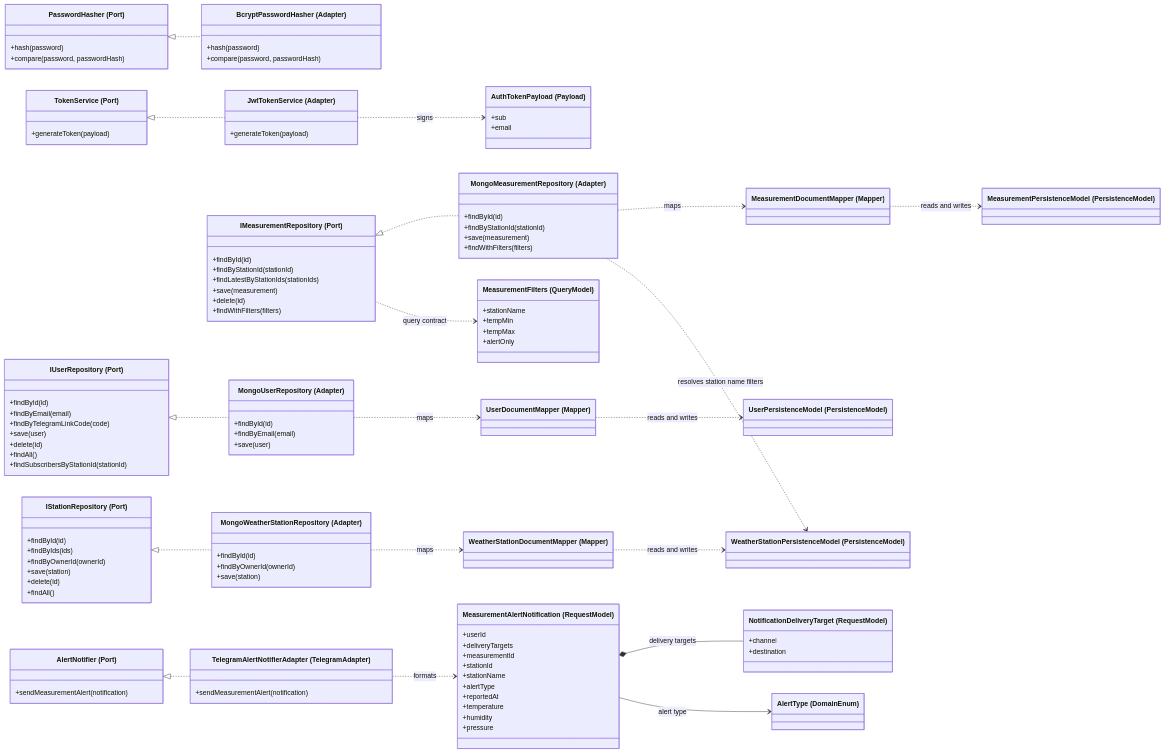
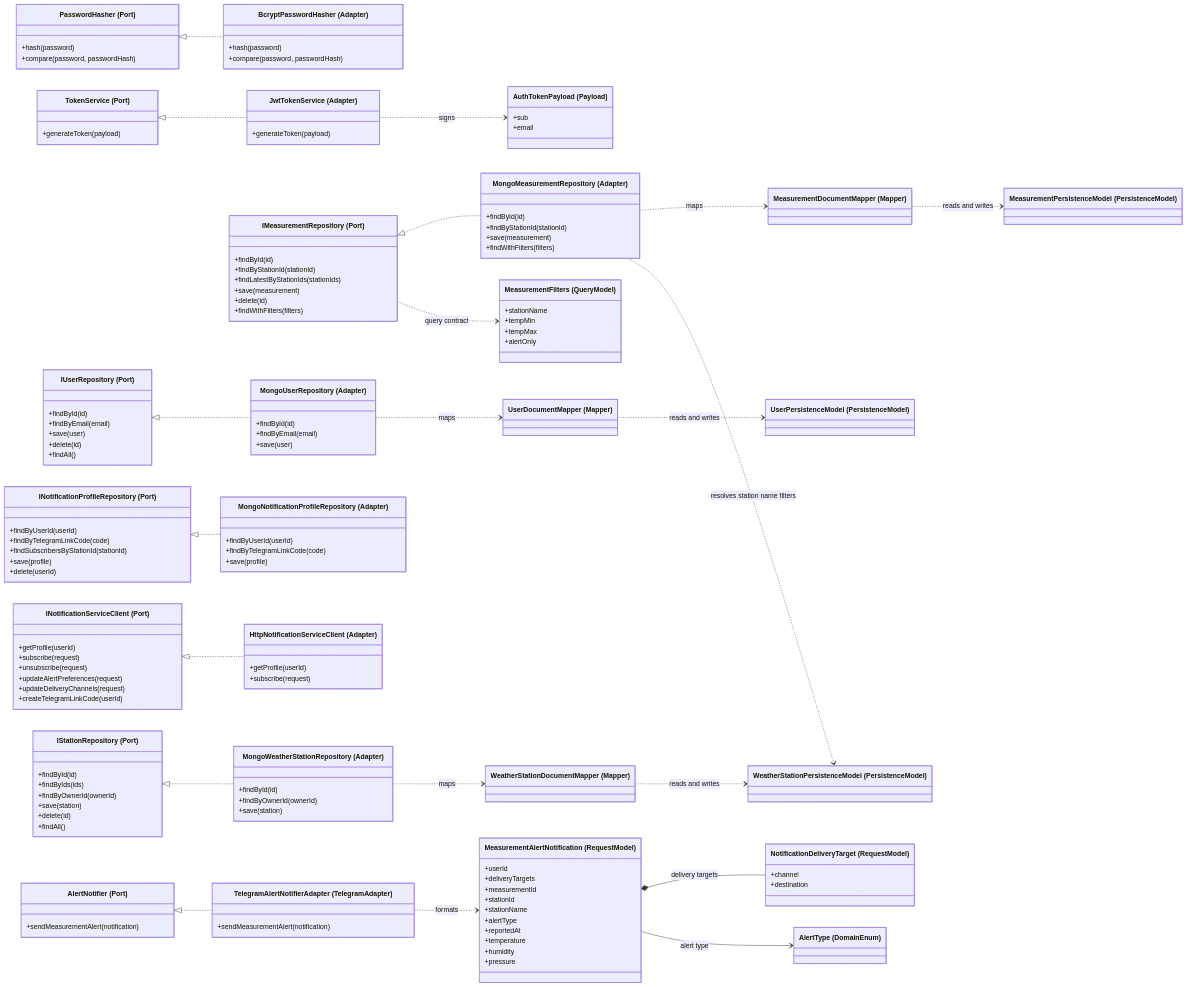
The diagram in docs/architecture/uml/weatherflow-ports-adapters.mmd (LattanzioB/WheaterFlow), drawn with Mermaid before and after one commit. The commit also changed 70 other files, not shown here.

Commit message:
feat(api): integrate notification service client and update user notification handling

```diff
--- a/docs/architecture/uml/weatherflow-ports-adapters.mmd
+++ b/docs/architecture/uml/weatherflow-ports-adapters.mmd
@@ -1,139 +1,167 @@
 classDiagram
 direction LR
 
 %% Auth ports and adapters
 class PasswordHasher["PasswordHasher (Port)"] {
   +hash(password)
   +compare(password, passwordHash)
 }
 
 class TokenService["TokenService (Port)"] {
   +generateToken(payload)
 }
 
 class AuthTokenPayload["AuthTokenPayload (Payload)"] {
   +sub
   +email
 }
 
 class BcryptPasswordHasher["BcryptPasswordHasher (Adapter)"] {
   +hash(password)
   +compare(password, passwordHash)
 }
 
 class JwtTokenService["JwtTokenService (Adapter)"] {
   +generateToken(payload)
 }
 
 %% Persistence ports and adapters
 class IUserRepository["IUserRepository (Port)"] {
   +findById(id)
   +findByEmail(email)
-  +findByTelegramLinkCode(code)
   +save(user)
   +delete(id)
   +findAll()
+}
+
+class INotificationProfileRepository["INotificationProfileRepository (Port)"] {
+  +findByUserId(userId)
+  +findByTelegramLinkCode(code)
   +findSubscribersByStationId(stationId)
+  +save(profile)
+  +delete(userId)
+}
+
+class INotificationServiceClient["INotificationServiceClient (Port)"] {
+  +getProfile(userId)
+  +subscribe(request)
+  +unsubscribe(request)
+  +updateAlertPreferences(request)
+  +updateDeliveryChannels(request)
+  +createTelegramLinkCode(userId)
 }
 
 class IStationRepository["IStationRepository (Port)"] {
   +findById(id)
   +findByIds(ids)
   +findByOwnerId(ownerId)
   +save(station)
   +delete(id)
   +findAll()
 }
 
 class IMeasurementRepository["IMeasurementRepository (Port)"] {
   +findById(id)
   +findByStationId(stationId)
   +findLatestByStationIds(stationIds)
   +save(measurement)
   +delete(id)
   +findWithFilters(filters)
 }
 
 class MeasurementFilters["MeasurementFilters (QueryModel)"] {
   +stationName
   +tempMin
   +tempMax
   +alertOnly
 }
 
 class MongoUserRepository["MongoUserRepository (Adapter)"] {
   +findById(id)
   +findByEmail(email)
   +save(user)
+}
+
+class MongoNotificationProfileRepository["MongoNotificationProfileRepository (Adapter)"] {
+  +findByUserId(userId)
+  +findByTelegramLinkCode(code)
+  +save(profile)
+}
+
+class HttpNotificationServiceClient["HttpNotificationServiceClient (Adapter)"] {
+  +getProfile(userId)
+  +subscribe(request)
 }
 
 class MongoWeatherStationRepository["MongoWeatherStationRepository (Adapter)"] {
   +findById(id)
   +findByOwnerId(ownerId)
   +save(station)
 }
 
 class MongoMeasurementRepository["MongoMeasurementRepository (Adapter)"] {
   +findById(id)
   +findByStationId(stationId)
   +save(measurement)
   +findWithFilters(filters)
 }
 
 class UserDocumentMapper["UserDocumentMapper (Mapper)"]
 class WeatherStationDocumentMapper["WeatherStationDocumentMapper (Mapper)"]
 class MeasurementDocumentMapper["MeasurementDocumentMapper (Mapper)"]
 class UserPersistenceModel["UserPersistenceModel (PersistenceModel)"]
 class WeatherStationPersistenceModel["WeatherStationPersistenceModel (PersistenceModel)"]
 class MeasurementPersistenceModel["MeasurementPersistenceModel (PersistenceModel)"]
 
 %% Notifications port and adapter
 class AlertNotifier["AlertNotifier (Port)"] {
   +sendMeasurementAlert(notification)
 }
 
 class MeasurementAlertNotification["MeasurementAlertNotification (RequestModel)"] {
   +userId
   +deliveryTargets
   +measurementId
   +stationId
   +stationName
   +alertType
   +reportedAt
   +temperature
   +humidity
   +pressure
 }
 
 class NotificationDeliveryTarget["NotificationDeliveryTarget (RequestModel)"] {
   +channel
   +destination
 }
 
 class AlertType["AlertType (DomainEnum)"]
 
 class TelegramAlertNotifierAdapter["TelegramAlertNotifierAdapter (TelegramAdapter)"] {
   +sendMeasurementAlert(notification)
 }
 
 PasswordHasher <|.. BcryptPasswordHasher
 TokenService <|.. JwtTokenService
 JwtTokenService ..> AuthTokenPayload : signs
 
 IUserRepository <|.. MongoUserRepository
+INotificationProfileRepository <|.. MongoNotificationProfileRepository
+INotificationServiceClient <|.. HttpNotificationServiceClient
 IStationRepository <|.. MongoWeatherStationRepository
 IMeasurementRepository <|.. MongoMeasurementRepository
 IMeasurementRepository ..> MeasurementFilters : query contract
 
 MongoUserRepository ..> UserDocumentMapper : maps
 MongoWeatherStationRepository ..> WeatherStationDocumentMapper : maps
 MongoMeasurementRepository ..> MeasurementDocumentMapper : maps
 UserDocumentMapper ..> UserPersistenceModel : reads and writes
 WeatherStationDocumentMapper ..> WeatherStationPersistenceModel : reads and writes
 MeasurementDocumentMapper ..> MeasurementPersistenceModel : reads and writes
 MongoMeasurementRepository ..> WeatherStationPersistenceModel : resolves station name filters
 
 AlertNotifier <|.. TelegramAlertNotifierAdapter
 TelegramAlertNotifierAdapter ..> MeasurementAlertNotification : formats
 MeasurementAlertNotification *-- NotificationDeliveryTarget : delivery targets
 MeasurementAlertNotification --> AlertType : alert type
```
